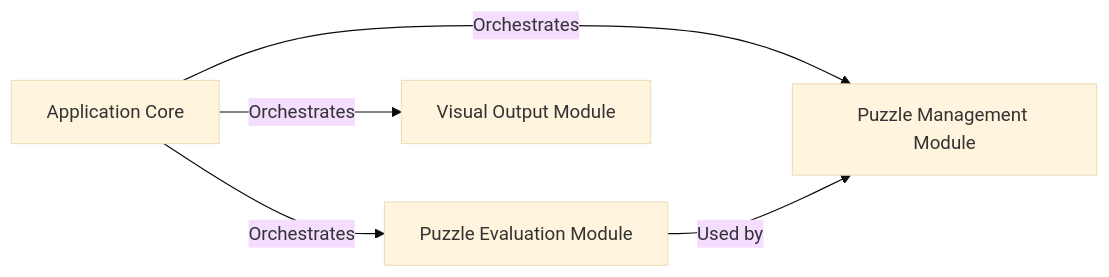
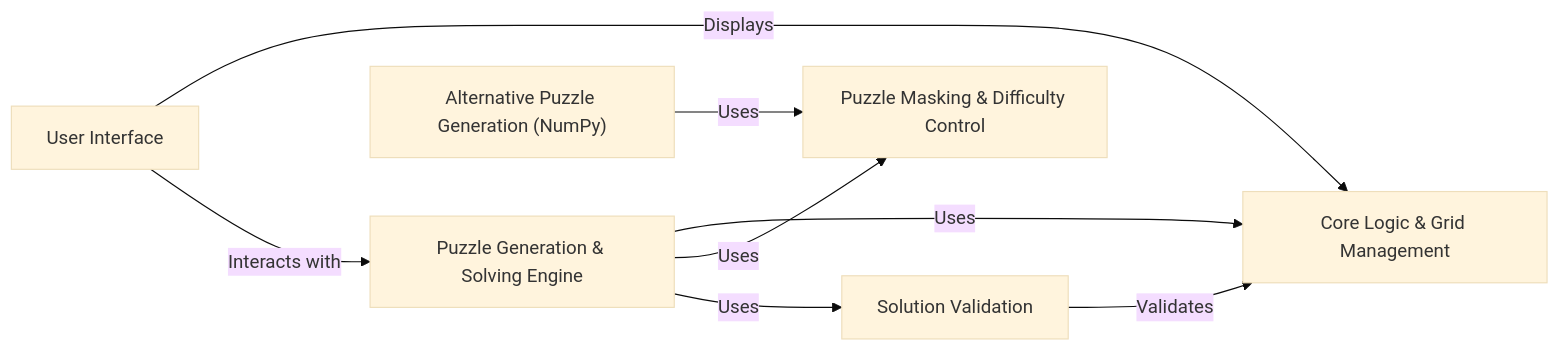
One commit to CodeBoarding/GeneratedOnBoardings changed the diagram in Sudoku/on_boarding.md. Above: the diagram before and after it, drawn with Mermaid (base theme). The commit also changed other lines of this file and 10 other files, not shown here.

````diff
--- a/Sudoku/on_boarding.md
+++ b/Sudoku/on_boarding.md
@@ -1,15 +1,22 @@
 ```mermaid
 graph LR
-    Application_Core["Application Core"]
-    Puzzle_Management_Module["Puzzle Management Module"]
-    Puzzle_Evaluation_Module["Puzzle Evaluation Module"]
-    Visual_Output_Module["Visual Output Module"]
-    Application_Core -- "Orchestrates" --> Puzzle_Management_Module
-    Application_Core -- "Orchestrates" --> Puzzle_Evaluation_Module
-    Application_Core -- "Orchestrates" --> Visual_Output_Module
-    Puzzle_Evaluation_Module -- "Used by" --> Puzzle_Management_Module
-    click Application_Core href "https://github.com/CodeBoarding/GeneratedOnBoardings/blob/main/Sudoku/Application Core.md" "Details"
-    click Puzzle_Management_Module href "https://github.com/CodeBoarding/GeneratedOnBoardings/blob/main/Sudoku/Puzzle Management Module.md" "Details"
-    click Puzzle_Evaluation_Module href "https://github.com/CodeBoarding/GeneratedOnBoardings/blob/main/Sudoku/Puzzle Evaluation Module.md" "Details"
-    click Visual_Output_Module href "https://github.com/CodeBoarding/GeneratedOnBoardings/blob/main/Sudoku/Visual Output Module.md" "Details"
+    Core_Logic_Grid_Management["Core Logic & Grid Management"]
+    Puzzle_Generation_Solving_Engine["Puzzle Generation & Solving Engine"]
+    Puzzle_Masking_Difficulty_Control["Puzzle Masking & Difficulty Control"]
+    Solution_Validation["Solution Validation"]
+    User_Interface["User Interface"]
+    Alternative_Puzzle_Generation_NumPy_["Alternative Puzzle Generation (NumPy)"]
+    Puzzle_Generation_Solving_Engine -- "Uses" --> Core_Logic_Grid_Management
+    Puzzle_Generation_Solving_Engine -- "Uses" --> Puzzle_Masking_Difficulty_Control
+    Puzzle_Generation_Solving_Engine -- "Uses" --> Solution_Validation
+    User_Interface -- "Displays" --> Core_Logic_Grid_Management
+    User_Interface -- "Interacts with" --> Puzzle_Generation_Solving_Engine
+    Alternative_Puzzle_Generation_NumPy_ -- "Uses" --> Puzzle_Masking_Difficulty_Control
+    Solution_Validation -- "Validates" --> Core_Logic_Grid_Management
+    click Core_Logic_Grid_Management href "https://github.com/CodeBoarding/GeneratedOnBoardings/blob/main/sudoku/Core Logic & Grid Management.md" "Details"
+    click Puzzle_Generation_Solving_Engine href "https://github.com/CodeBoarding/GeneratedOnBoardings/blob/main/sudoku/Puzzle Generation & Solving Engine.md" "Details"
+    click Puzzle_Masking_Difficulty_Control href "https://github.com/CodeBoarding/GeneratedOnBoardings/blob/main/sudoku/Puzzle Masking & Difficulty Control.md" "Details"
+    click Solution_Validation href "https://github.com/CodeBoarding/GeneratedOnBoardings/blob/main/sudoku/Solution Validation.md" "Details"
+    click User_Interface href "https://github.com/CodeBoarding/GeneratedOnBoardings/blob/main/sudoku/User Interface.md" "Details"
+    click Alternative_Puzzle_Generation_NumPy_ href "https://github.com/CodeBoarding/GeneratedOnBoardings/blob/main/sudoku/Alternative Puzzle Generation (NumPy).md" "Details"
 ```
````
